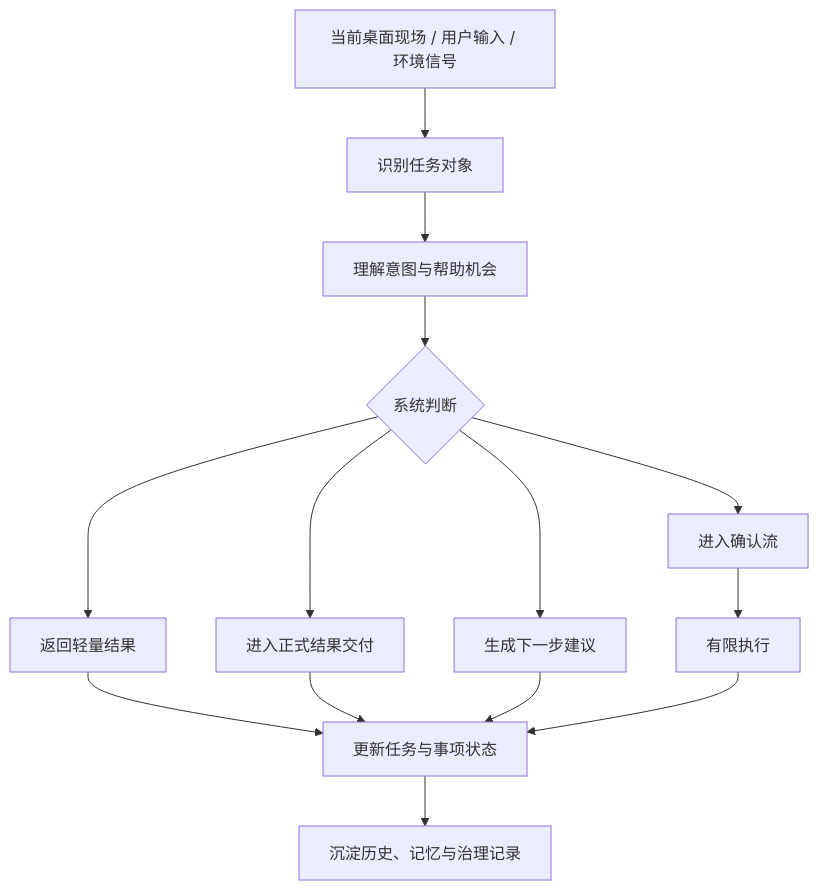
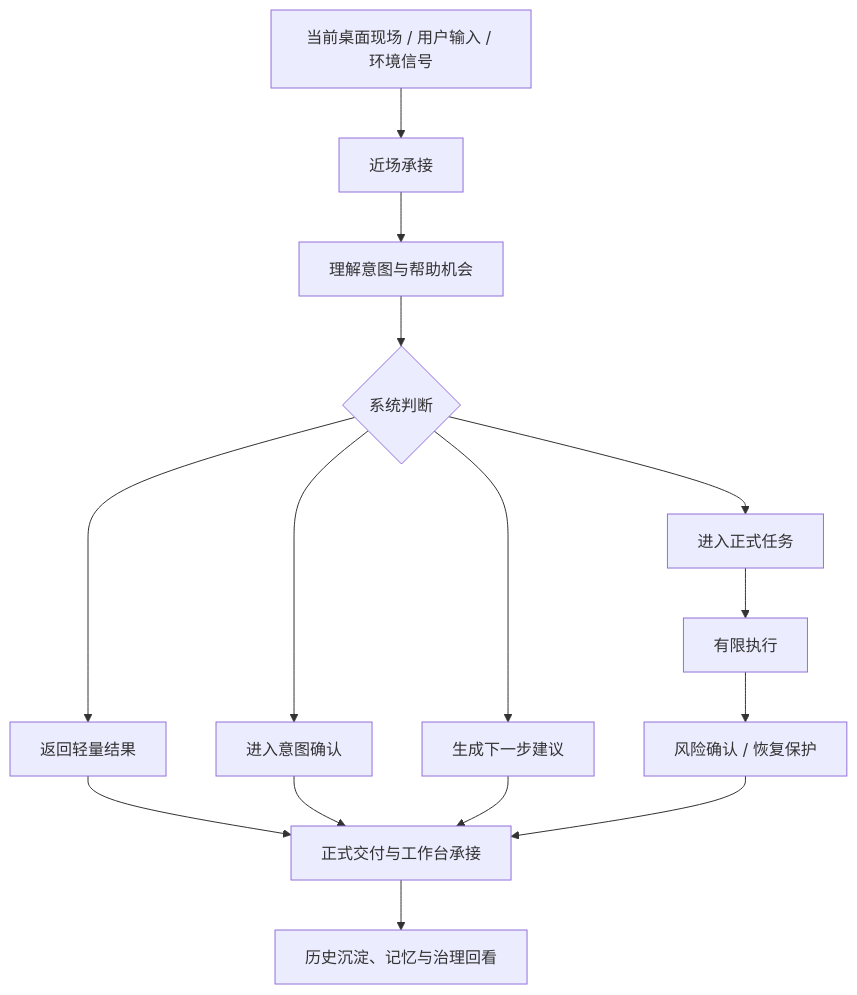
The diagram in docs/product-requirement-document.md (gdemonc/CialloClaw), drawn with Mermaid before and after one commit. The commit also changed other lines of this file, not shown here.

````diff
--- a/docs/product-requirement-document.md
+++ b/docs/product-requirement-document.md
@@ -165,16 +299,17 @@
 ```mermaid
 flowchart TD
-    A[当前桌面现场 / 用户输入 / 环境信号] --> B[识别任务对象]
+    A[当前桌面现场 / 用户输入 / 环境信号] --> B[近场承接]
     B --> C[理解意图与帮助机会]
     C --> D{系统判断}
     D --> E[返回轻量结果]
-    D --> F[进入正式结果交付]
+    D --> F[进入意图确认]
     D --> G[生成下一步建议]
-    D --> H[进入确认流]
+    D --> H[进入正式任务]
     H --> I[有限执行]
-    E --> J[更新任务与事项状态]
-    F --> J
-    G --> J
-    I --> J
-    J --> K[沉淀历史、记忆与治理记录]
+    I --> J[风险确认 / 恢复保护]
+    E --> K[正式交付与工作台承接]
+    F --> K
+    G --> K
+    J --> K
+    K --> L[历史沉淀、记忆与治理回看]
 ```
````
